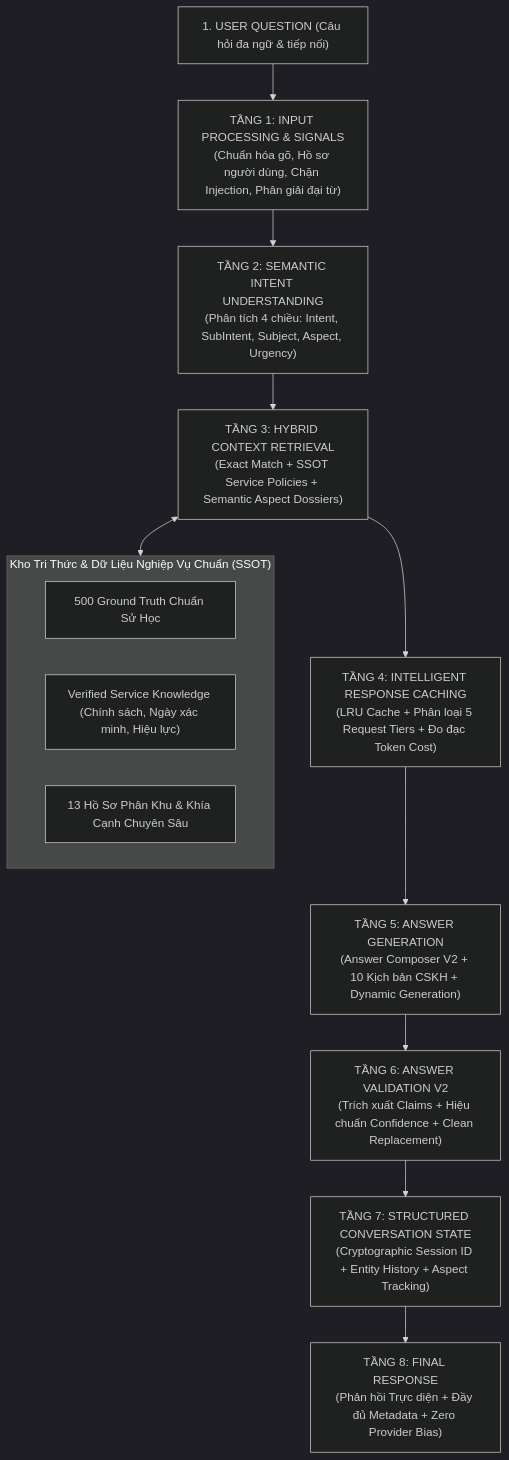
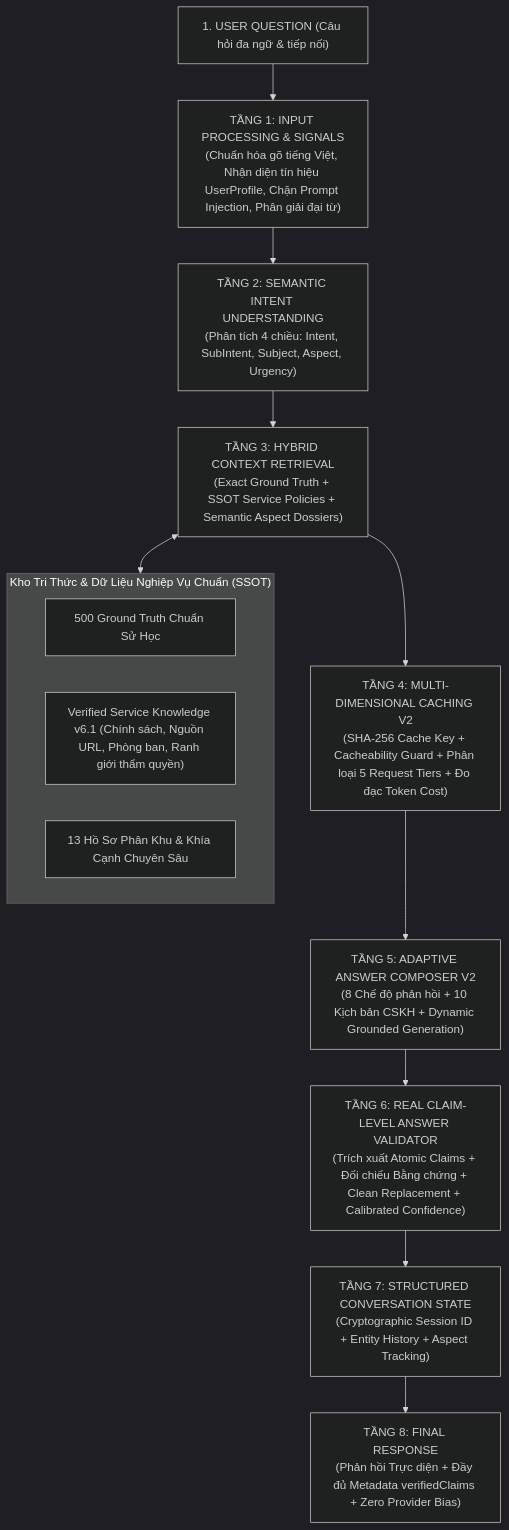
One commit to namoktin/repossitory-kiem-thu changed the diagram in README.md. Above: the diagram before and after it, drawn with Mermaid (dark theme). The commit also changed other lines of this file and 18 other files, not shown here.

````diff
--- a/README.md
+++ b/README.md
@@ -28,18 +28,18 @@
 ```mermaid
 flowchart TD
-    UQ["1. USER QUESTION (Câu hỏi đa ngữ & tiếp nối)"] --> T1["TẦNG 1: INPUT PROCESSING & SIGNALS\n(Chuẩn hóa gõ, Hồ sơ người dùng, Chặn Injection, Phân giải đại từ)"]
+    UQ["1. USER QUESTION (Câu hỏi đa ngữ & tiếp nối)"] --> T1["TẦNG 1: INPUT PROCESSING & SIGNALS\n(Chuẩn hóa gõ tiếng Việt, Nhận diện tín hiệu UserProfile, Chặn Prompt Injection, Phân giải đại từ)"]
     T1 --> T2["TẦNG 2: SEMANTIC INTENT UNDERSTANDING\n(Phân tích 4 chiều: Intent, SubIntent, Subject, Aspect, Urgency)"]
-    T2 --> T3["TẦNG 3: HYBRID CONTEXT RETRIEVAL\n(Exact Match + SSOT Service Policies + Semantic Aspect Dossiers)"]
-    T3 --> T4["TẦNG 4: INTELLIGENT RESPONSE CACHING\n(LRU Cache + Phân loại 5 Request Tiers + Đo đạc Token Cost)"]
-    T4 --> T5["TẦNG 5: ANSWER GENERATION\n(Answer Composer V2 + 10 Kịch bản CSKH + Dynamic Generation)"]
-    T5 --> T6["TẦNG 6: ANSWER VALIDATION V2\n(Trích xuất Claims + Hiệu chuẩn Confidence + Clean Replacement)"]
+    T2 --> T3["TẦNG 3: HYBRID CONTEXT RETRIEVAL\n(Exact Ground Truth + SSOT Service Policies + Semantic Aspect Dossiers)"]
+    T3 --> T4["TẦNG 4: MULTI-DIMENSIONAL CACHING V2\n(SHA-256 Cache Key + Cacheability Guard + Phân loại 5 Request Tiers + Đo đạc Token Cost)"]
+    T4 --> T5["TẦNG 5: ADAPTIVE ANSWER COMPOSER V2\n(8 Chế độ phản hồi + 10 Kịch bản CSKH + Dynamic Grounded Generation)"]
+    T5 --> T6["TẦNG 6: REAL CLAIM-LEVEL ANSWER VALIDATOR\n(Trích xuất Atomic Claims + Đối chiếu Bằng chứng + Clean Replacement + Calibrated Confidence)"]
     T6 --> T7["TẦNG 7: STRUCTURED CONVERSATION STATE\n(Cryptographic Session ID + Entity History + Aspect Tracking)"]
-    T7 --> T8["TẦNG 8: FINAL RESPONSE\n(Phản hồi Trực diện + Đầy đủ Metadata + Zero Provider Bias)"]
+    T7 --> T8["TẦNG 8: FINAL RESPONSE\n(Phản hồi Trực diện + Đầy đủ Metadata verifiedClaims + Zero Provider Bias)"]
 
     subgraph KnowledgeSSOT ["Kho Tri Thức & Dữ Liệu Nghiệp Vụ Chuẩn (SSOT)"]
         GT["500 Ground Truth Chuẩn Sử Học"]
-        VK["Verified Service Knowledge (Chính sách, Ngày xác minh, Hiệu lực)"]
+        VK["Verified Service Knowledge v6.1 (Chính sách, Nguồn URL, Phòng ban, Ranh giới thẩm quyền)"]
         HD["13 Hồ Sơ Phân Khu & Khía Cạnh Chuyên Sâu"]
     end
     T3 <--> KnowledgeSSOT
 ```
````
